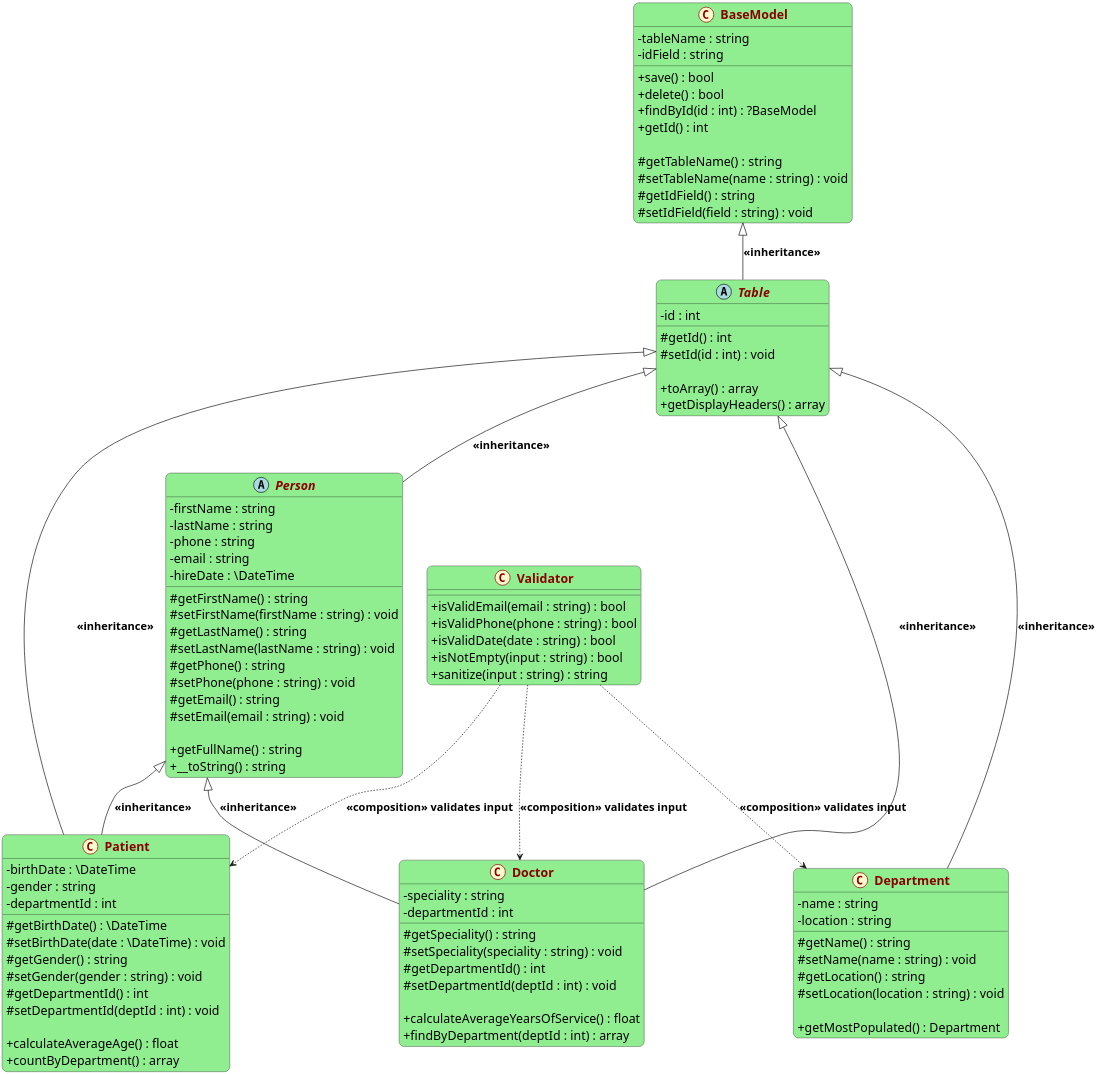
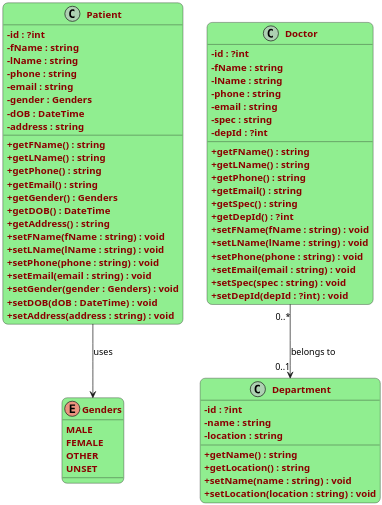
Before and after one commit to Sami-Regragui-Work/Unity-Care-Clinic-V2: the diagram in assets/media/class-diagram.wsd, drawn with PlantUML. The commit also changed 4 other files, not shown here.

Commit message:
chore: update readme and diagrams

```diff
--- a/assets/media/class-diagram.wsd
+++ b/assets/media/class-diagram.wsd
@@ -1,152 +1,90 @@
 @startuml
-
-' CLASS THEME (ORIGINAL)
+' CLASS THEME
 skinparam classAttributeIconSize 0
 skinparam RoundCorner 15
 skinparam Dpi 300
-hide <<spotClass>> stereotype
-
 
 <style>
-spotClass {
-  BackgroundColor #FFFACD
-  LineColor darkred
-  FontColor darkred
+class {
+BackgroundColor #LightGreen
+FontStyle bold
+FontColor darkred
+AttributeFontSize 14
 }
 </style>
 
-skinparam class {
-  BackgroundColor #LightGreen
-  ArrowFontStyle bold
-  ArrowFontSize 16
-  FontStyle bold
-  FontColor darkred
-  AttributeFontSize 18
+' ==========================
+' Main Entity Classes
+' ==========================
+class Patient {
+- id : ?int
+- fName : string
+- lName : string
+- phone : string
+- email : string
+- gender : Genders
+- dOB : DateTime
+- address : string
++ getFName() : string
++ getLName() : string
++ getPhone() : string
++ getEmail() : string
++ getGender() : Genders
++ getDOB() : DateTime
++ getAddress() : string
++ setFName(fName : string) : void
++ setLName(lName : string) : void
++ setPhone(phone : string) : void
++ setEmail(email : string) : void
++ setGender(gender : Genders) : void
++ setDOB(dOB : DateTime) : void
++ setAddress(address : string) : void
+}
+
+class Doctor {
+- id : ?int
+- fName : string
+- lName : string
+- phone : string
+- email : string
+- spec : string
+- depId : ?int
++ getFName() : string
++ getLName() : string
++ getPhone() : string
++ getEmail() : string
++ getSpec() : string
++ getDepId() : ?int
++ setFName(fName : string) : void
++ setLName(lName : string) : void
++ setPhone(phone : string) : void
++ setEmail(email : string) : void
++ setSpec(spec : string) : void
++ setDepId(depId : ?int) : void
+}
+
+class Department {
+- id : ?int
+- name : string
+- location : string
++ getName() : string
++ getLocation() : string
++ setName(name : string) : void
++ setLocation(location : string) : void
+}
+
+enum Genders {
+MALE
+FEMALE
+OTHER
+UNSET
 }
 
 ' ==========================
-' Infra: custom BaseModel + Validator
+' Relationships
 ' ==========================
+Doctor "0..*" --> "0..1" Department : belongs to
 
-class BaseModel <<spotClass>> {
-  - tableName : string
-  - idField : string
-
-  + save() : bool
-  + delete() : bool
-  + findById(id : int) : ?BaseModel
-  + getId() : int
-
-  # getTableName() : string
-  # setTableName(name : string) : void
-  # getIdField() : string
-  # setIdField(field : string) : void
-}
-
-class Validator <<spotClass>> {
-  + isValidEmail(email : string) : bool
-  + isValidPhone(phone : string) : bool
-  + isValidDate(date : string) : bool
-  + isNotEmpty(input : string) : bool
-  + sanitize(input : string) : string
-}
-
-' ==========================
-' Generic / Parent classes
-' ==========================
-
-abstract class Table {
-  - id : int
-
-  # getId() : int
-  # setId(id : int) : void
-
-  + toArray() : array
-  + getDisplayHeaders() : array
-}
-
-abstract class Person {
-  - firstName : string
-  - lastName : string
-  - phone : string
-  - email : string
-  - hireDate : \DateTime
-
-  # getFirstName() : string
-  # setFirstName(firstName : string) : void
-  # getLastName() : string
-  # setLastName(lastName : string) : void
-  # getPhone() : string
-  # setPhone(phone : string) : void
-  # getEmail() : string
-  # setEmail(email : string) : void
-
-  + getFullName() : string
-  + __toString() : string
-}
-
-' ==========================
-' Main entity classes
-' ==========================
-
-class Patient {
-  - birthDate : \DateTime
-  - gender : string
-  - departmentId : int
-
-  # getBirthDate() : \DateTime
-  # setBirthDate(date : \DateTime) : void
-  # getGender() : string
-  # setGender(gender : string) : void
-  # getDepartmentId() : int
-  # setDepartmentId(deptId : int) : void
-
-  + calculateAverageAge() : float
-  + countByDepartment() : array
-}
-
-class Doctor {
-  - speciality : string
-  - departmentId : int
-
-  # getSpeciality() : string
-  # setSpeciality(speciality : string) : void
-  # getDepartmentId() : int
-  # setDepartmentId(deptId : int) : void
-
-  + calculateAverageYearsOfService() : float
-  + findByDepartment(deptId : int) : array
-}
-
-class Department {
-  - name : string
-  - location : string
-
-  # getName() : string
-  # setName(name : string) : void
-  # getLocation() : string
-  # setLocation(location : string) : void
-
-  + getMostPopulated() : Department
-}
-
-' ==========================
-' Inheritance relations
-' ==========================
-
-BaseModel <|-- Table : <<inheritance>>
-Table <|-- Person : <<inheritance>>
-
-Table <|-- Patient : <<inheritance>>
-Table <|-- Doctor : <<inheritance>>
-Table <|-- Department : <<inheritance>>
-
-Person <|-- Patient : <<inheritance>>
-Person <|-- Doctor : <<inheritance>>
-
-' Validator is used by entities via setters (not inherited)
-Validator ..> Patient : <<composition>> validates input
-Validator ..> Doctor : <<composition>> validates input
-Validator ..> Department : <<composition>> validates input
+Patient --> Genders : uses
 
 @enduml
```
